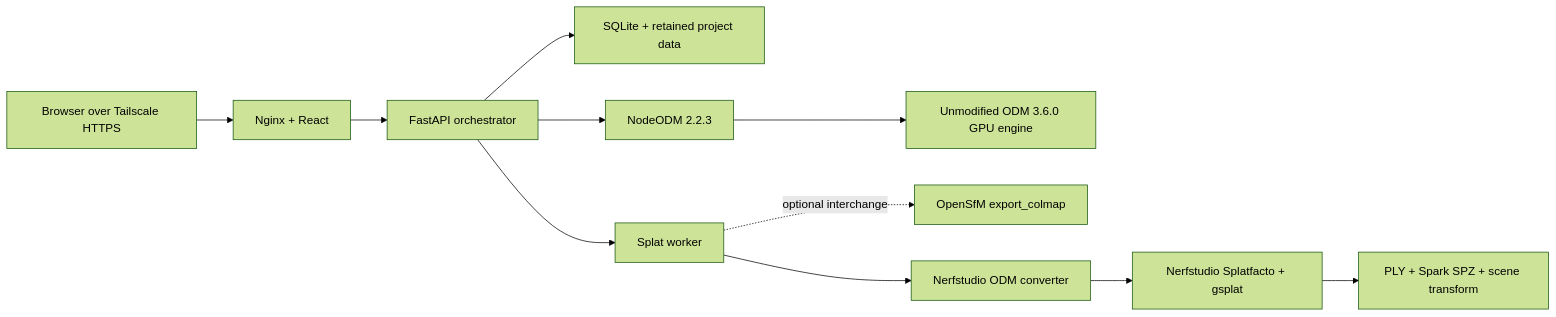
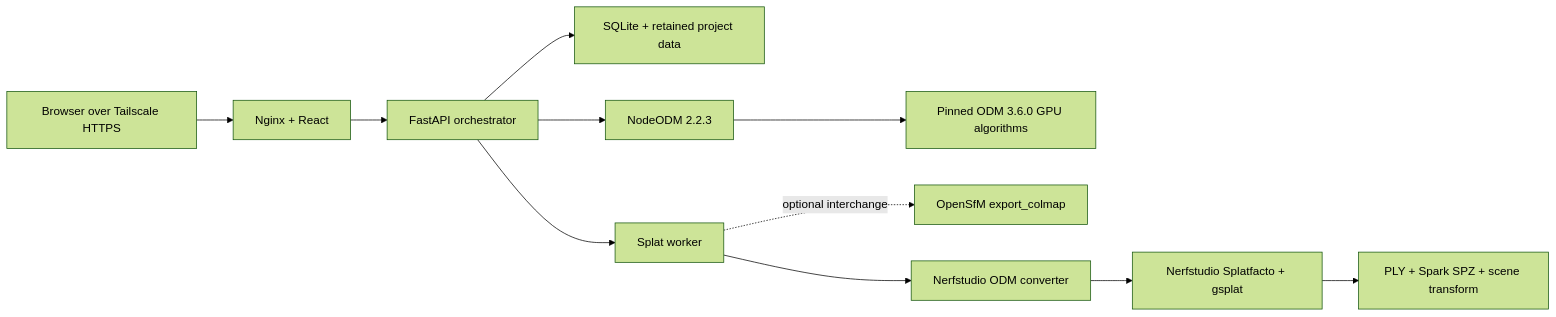
Before and after one commit to araysuter/3Ddrone: the diagram in README.md, drawn with Mermaid (forest theme). The commit also changed other lines of this file and 14 other files, not shown here.

````diff
--- a/README.md
+++ b/README.md
@@ -23,13 +26,13 @@
 ```mermaid
 flowchart LR
     B["Browser over Tailscale HTTPS"] --> N["Nginx + React"]
     N --> A["FastAPI orchestrator"]
     A --> R["SQLite + retained project data"]
     A --> O["NodeODM 2.2.3"]
-    O --> M["Unmodified ODM 3.6.0 GPU engine"]
+    O --> M["Pinned ODM 3.6.0 GPU algorithms"]
     A --> S["Splat worker"]
     S -. optional interchange .-> C["OpenSfM export_colmap"]
     S --> V["Nerfstudio ODM converter"]
     V --> G["Nerfstudio Splatfacto + gsplat"]
     G --> P["PLY + Spark SPZ + scene transform"]
 ```
````
